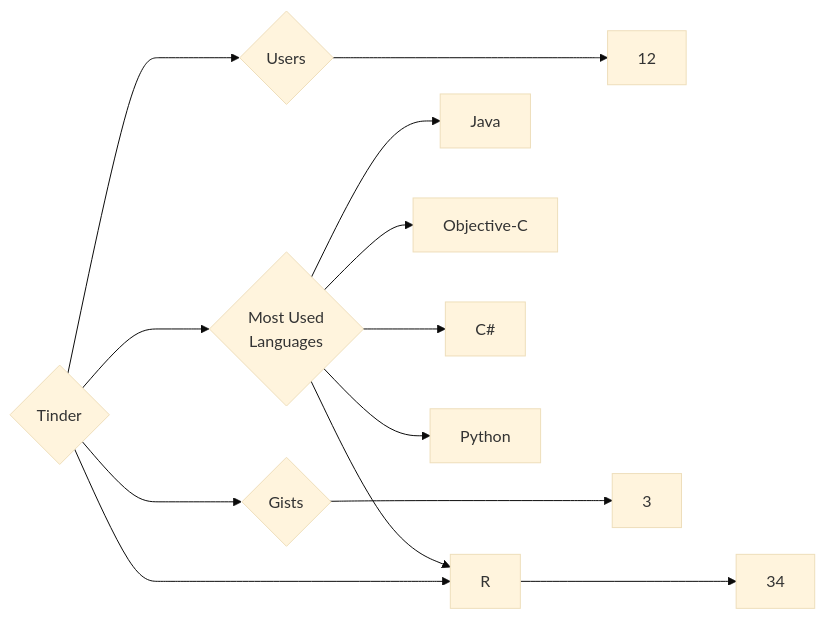
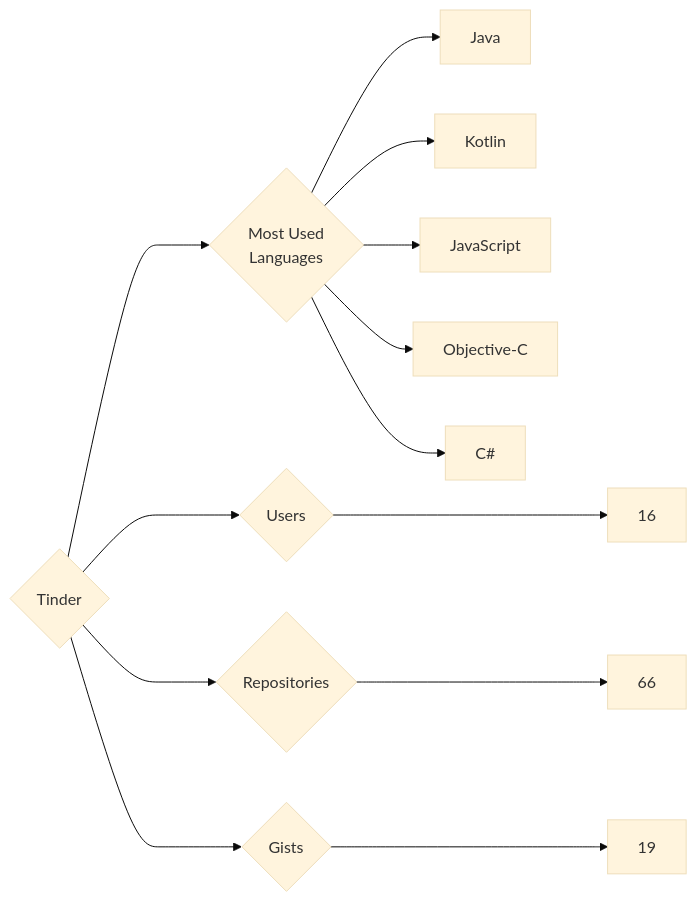
Before and after one commit to trickest/insiders: the diagram in targets/Tinder/README.md, drawn with Mermaid (base theme). The commit also changed 903 other files, not shown here.

````diff
--- a/targets/Tinder/README.md
+++ b/targets/Tinder/README.md
@@ -3,13 +3,13 @@
 ```mermaid
 graph LR
 COMPANY_NAME{Tinder}
-COMPANY_NAME ---> U{Users} ---> UN[12]
-COMPANY_NAME ---> R{Repositories} ---> RN[34]
-COMPANY_NAME ---> G{Gists} ---> GN[3]
+COMPANY_NAME ---> U{Users} ---> UN[16]
+COMPANY_NAME ---> R{Repositories} ---> RN[66]
+COMPANY_NAME ---> G{Gists} ---> GN[19]
 COMPANY_NAME ---> ML{Most Used<br>Languages}
 ML --> Java[Java]
+ML --> Kotlin[Kotlin]
+ML --> JavaScript[JavaScript]
 ML --> Objective-C[Objective-C]
 ML --> C#[C#]
-ML --> R[R]
-ML --> Python[Python]
 ```
````
